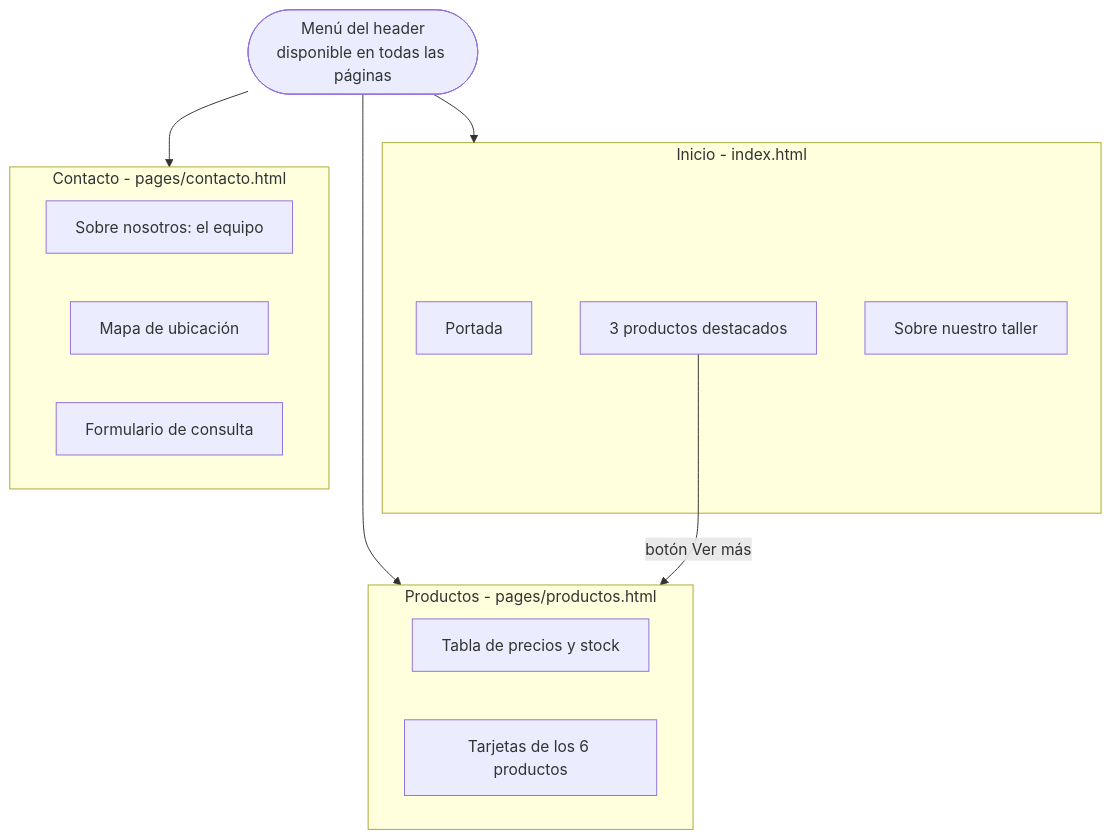
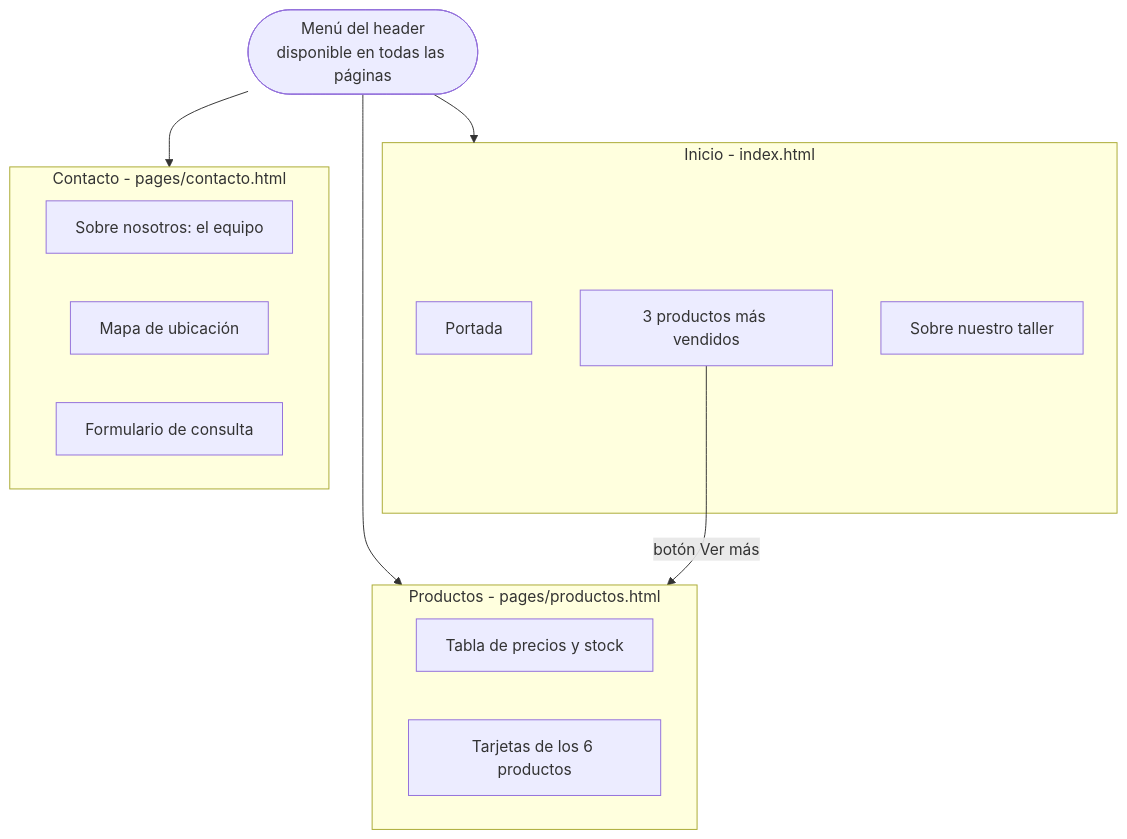
Before and after one commit to mauroac78/c26236: the diagram in README.md, drawn with Mermaid. The commit also changed other lines of this file and 12 other files, not shown here.

````diff
--- a/README.md
+++ b/README.md
@@ -28,27 +28,27 @@
 ```mermaid
 flowchart TD
     Menu(["Menú del header<br/>disponible en todas las páginas"])
 
     Menu --> Inicio
     Menu --> Productos
     Menu --> Contacto
 
     subgraph Inicio["Inicio - index.html"]
         I1["Portada"]
-        I2["3 productos destacados"]
+        I2["3 productos más vendidos"]
         I3["Sobre nuestro taller"]
     end
 
     subgraph Productos["Productos - pages/productos.html"]
         P1["Tabla de precios y stock"]
         P2["Tarjetas de los 6 productos"]
     end
 
     subgraph Contacto["Contacto - pages/contacto.html"]
         C1["Sobre nosotros: el equipo"]
         C2["Mapa de ubicación"]
         C3["Formulario de consulta"]
     end
 
     I2 -- "botón Ver más" --> Productos
 ```
````
